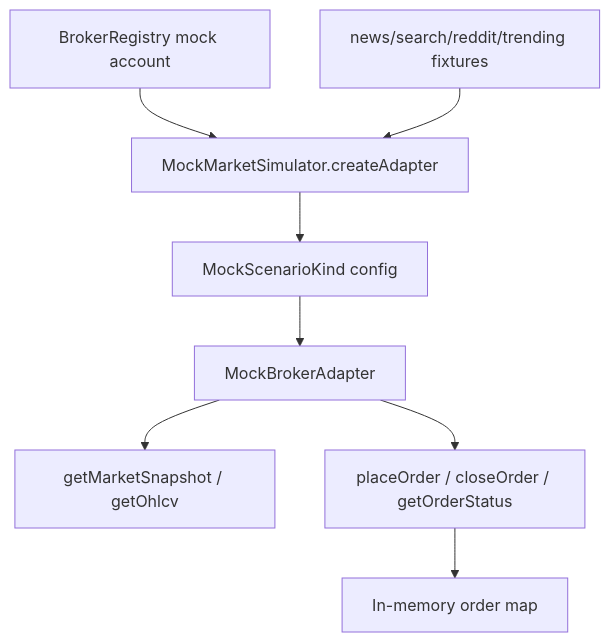
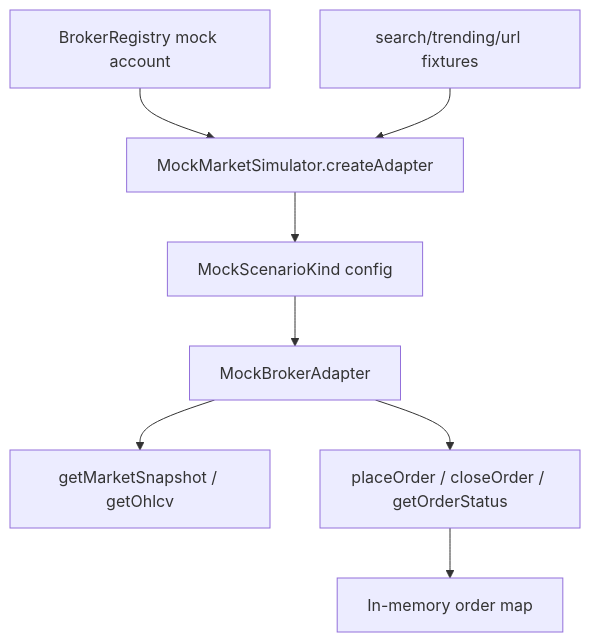
The diagram in electron/main/services/broker/mock/README.md (KennethAtchon/Exva), drawn with Mermaid before and after one commit. The commit also changed other lines of this file and 8 other files, not shown here.

First line of the commit message:
Update architecture documentation and database schema for autopsy features

````diff
--- a/electron/main/services/broker/mock/README.md
+++ b/electron/main/services/broker/mock/README.md
@@ -19,10 +19,10 @@
 ```mermaid
 flowchart TD
     Registry[BrokerRegistry mock account] --> Simulator[MockMarketSimulator.createAdapter]
     Simulator --> Scenario[MockScenarioKind config]
     Scenario --> Adapter[MockBrokerAdapter]
-    Fixtures[news/search/reddit/trending fixtures] --> Simulator
+    Fixtures[search/trending/url fixtures] --> Simulator
     Adapter --> Quotes[getMarketSnapshot / getOhlcv]
     Adapter --> Orders[placeOrder / closeOrder / getOrderStatus]
     Orders --> Memory[In-memory order map]
 ```
````
